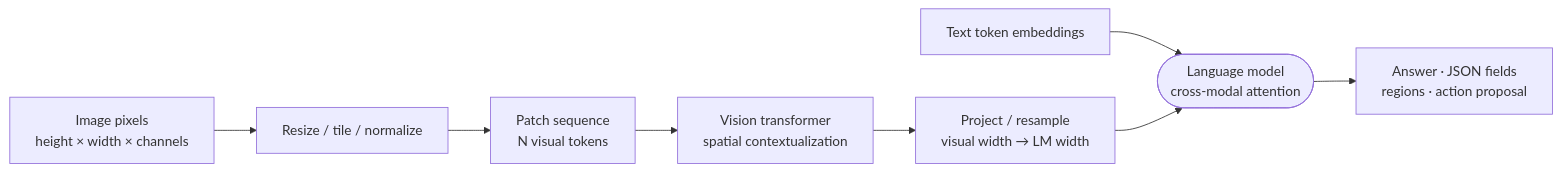
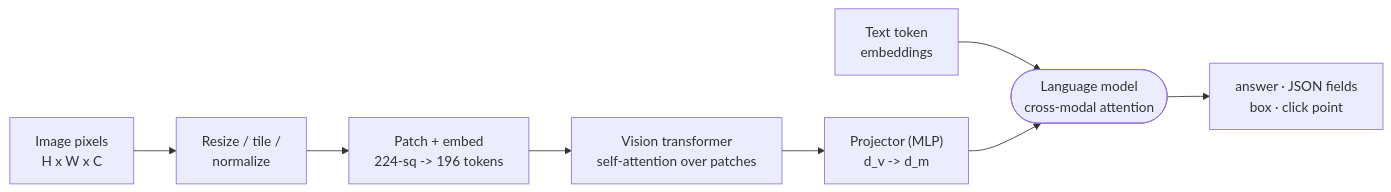
The first of 3 diagrams in chapters/29-multimodal-vlm-documents-gui.qmd (omkarsarde/agentic-engineering-at-scale), drawn with Mermaid before and after one commit. The commit also changed other lines of this file and 17 other files, not shown here.

````diff
--- a/chapters/29-multimodal-vlm-documents-gui.qmd
+++ b/chapters/29-multimodal-vlm-documents-gui.qmd
@@ -109,13 +141,13 @@
 ```{mermaid}
+%%| echo: false
 %%| label: fig-ch29-vlm
-%%| fig-cap: "Where does an image become a sequence the language model can attend to?"
-%%| fig-alt: "Pixels are resized or tiled, split into patches, encoded with spatial position, mapped by a projector to language-model width, and inserted beside text embeddings before the language model produces text, fields, or coordinates."
+%%| fig-cap: "Where does an image become a sequence the language model can attend to, and what does each stage cost? A 224-square view is 196 visual tokens; four tiles plus a thumbnail is 1,088. The projector is the seam where a visual vector becomes language-model-compatible."
 flowchart LR
-    IMAGE["Image pixels<br/>height × width × channels"] --> PRE["Resize / tile / normalize"]
-    PRE --> PATCH["Patch sequence<br/>N visual tokens"]
-    PATCH --> ENCODER["Vision transformer<br/>spatial contextualization"]
-    ENCODER --> PROJECT["Project / resample<br/>visual width → LM width"]
-    TEXT["Text token embeddings"] --> LM(["Language model<br/>cross-modal attention"])
-    PROJECT --> LM
-    LM --> OUT["Answer · JSON fields<br/>regions · action proposal"]
+    IMG["Image pixels<br/>H x W x C"] --> PRE["Resize / tile /<br/>normalize"]
+    PRE --> PATCH["Patch + embed<br/>224-sq -> 196 tokens"]
+    PATCH --> ENC["Vision transformer<br/>self-attention over patches"]
+    ENC --> PROJ["Projector (MLP)<br/>d_v -> d_m"]
+    TXT["Text token<br/>embeddings"] --> LM(["Language model<br/>cross-modal attention"])
+    PROJ --> LM
+    LM --> OUT["answer · JSON fields<br/>box · click point"]
 ```
````
